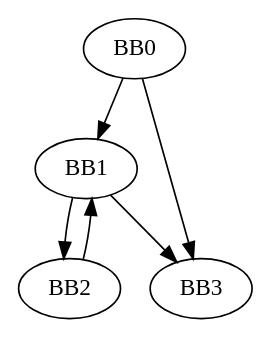
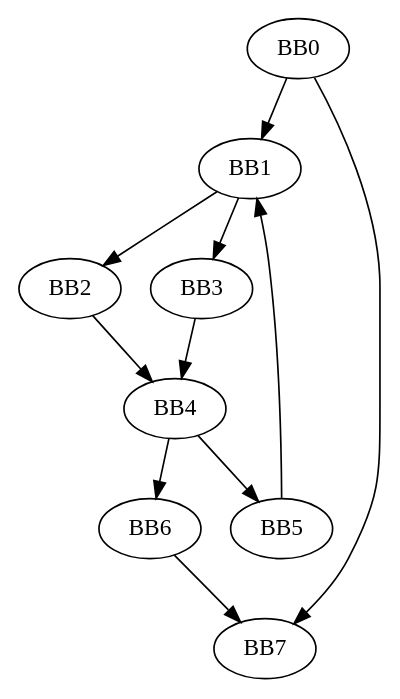
Before and after one commit to Jaseci-Labs/jaseci: the diagram in jac/cfg.gv, drawn with Graphviz. The commit also changed 10 other files, not shown here.

```diff
--- a/jac/cfg.gv
+++ b/jac/cfg.gv
@@ -1,12 +1,21 @@
 // Control Flow Graph
 digraph {
 	bb0 [label=BB0]
 	bb1 [label=BB1]
 	bb2 [label=BB2]
 	bb3 [label=BB3]
-	bb0 -> bb3
+	bb4 [label=BB4]
+	bb5 [label=BB5]
+	bb6 [label=BB6]
+	bb7 [label=BB7]
+	bb0 -> bb7
 	bb0 -> bb1
 	bb1 -> bb3
 	bb1 -> bb2
-	bb2 -> bb1
+	bb2 -> bb4
+	bb3 -> bb4
+	bb4 -> bb6
+	bb4 -> bb5
+	bb5 -> bb1
+	bb6 -> bb7
 }
```
